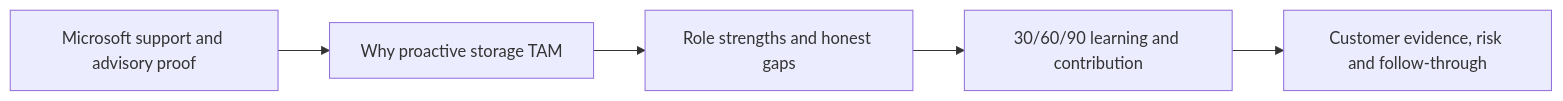
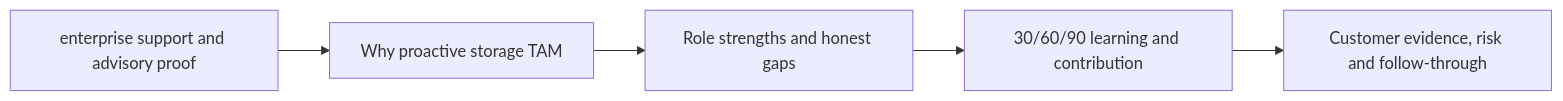
Before and after one commit to hichauhan-in/Interview-Prep: diagram 24 of 29 in NetApp TAM/prep/Part-95-interview-question-bank.md, drawn with Mermaid. The commit also changed other lines of this file and 493 other files, not shown here.

````diff
--- a/NetApp TAM/prep/Part-95-interview-question-bank.md
+++ b/NetApp TAM/prep/Part-95-interview-question-bank.md
@@ -1027,7 +1027,7 @@
 ```mermaid
 flowchart LR
-    PAST[Microsoft support and advisory proof] --> MOVE[Why proactive storage TAM]
+    PAST[enterprise support and advisory proof] --> MOVE[Why proactive storage TAM]
     MOVE --> FIT[Role strengths and honest gaps]
     FIT --> RAMP[30/60/90 learning and contribution]
     RAMP --> VALUE[Customer evidence, risk and follow-through]
 ```
````
